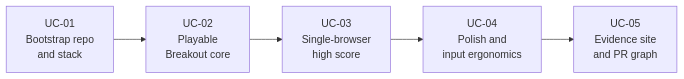
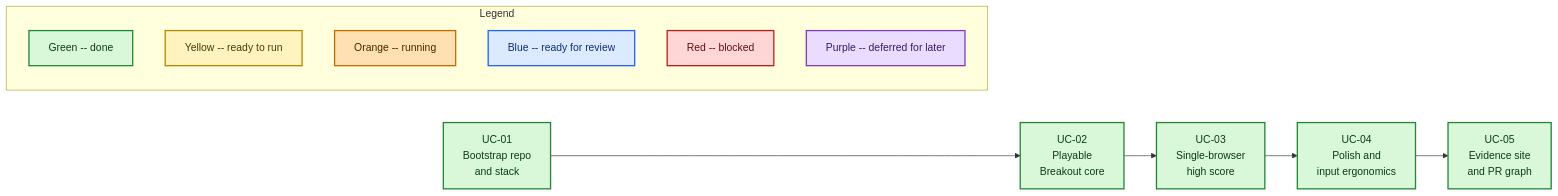
One commit to la3lma/agentic-breakout-example changed the diagram in docs/05-execution-plan.md. Above: the diagram before and after it, drawn with Mermaid. The commit also changed 1 other file, not shown here.

Commit message:
Add use-case graph legend

````diff
--- a/docs/05-execution-plan.md
+++ b/docs/05-execution-plan.md
@@ -7,19 +7,43 @@
 ```mermaid
 flowchart LR
   UC01["UC-01\nBootstrap repo\nand stack"]
   UC02["UC-02\nPlayable\nBreakout core"]
   UC03["UC-03\nSingle-browser\nhigh score"]
   UC04["UC-04\nPolish and\ninput ergonomics"]
   UC05["UC-05\nEvidence site\nand PR graph"]
 
+  subgraph Legend["Legend"]
+    LDone["Green -- done"]
+    LReady["Yellow -- ready to run"]
+    LRunning["Orange -- running"]
+    LReview["Blue -- ready for review"]
+    LBlocked["Red -- blocked"]
+    LDeferred["Purple -- deferred for later"]
+  end
+
   UC01 --> UC02
   UC02 --> UC03
   UC03 --> UC04
   UC04 --> UC05
+
+  classDef done fill:#d9f7d9,stroke:#238636,color:#0b3d16,stroke-width:2px
+  classDef ready fill:#fff3bf,stroke:#b08900,color:#4b3b00,stroke-width:2px
+  classDef running fill:#ffe0b2,stroke:#c26a00,color:#4a2500,stroke-width:2px
+  classDef review fill:#dbeafe,stroke:#2563eb,color:#0f2f70,stroke-width:2px
+  classDef blocked fill:#ffd6d6,stroke:#b42318,color:#5c1111,stroke-width:2px
+  classDef deferred fill:#eadcff,stroke:#7e3fb2,color:#3a1a5f,stroke-width:2px
+
+  class UC01,UC02,UC03,UC04,UC05 done
+  class LDone done
+  class LReady ready
+  class LRunning running
+  class LReview review
+  class LBlocked blocked
+  class LDeferred deferred
 
   click UC01 "https://github.com/la3lma/agentic-breakout-example/pull/6" "PR #6"
   click UC02 "https://github.com/la3lma/agentic-breakout-example/pull/7" "PR #7"
   click UC03 "https://github.com/la3lma/agentic-breakout-example/pull/8" "PR #8"
   click UC04 "https://github.com/la3lma/agentic-breakout-example/pull/9" "PR #9"
   click UC05 "https://github.com/la3lma/agentic-breakout-example/pull/10" "PR #10"
 ```
````
